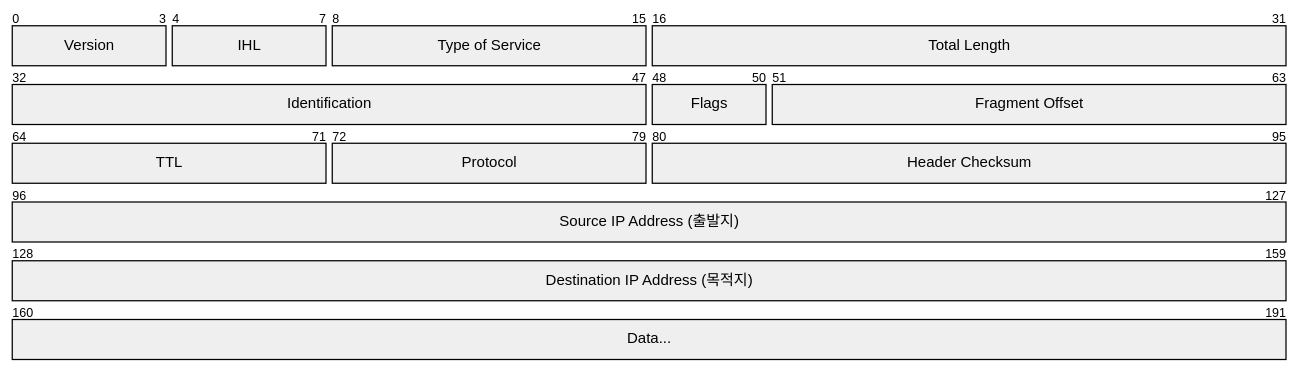
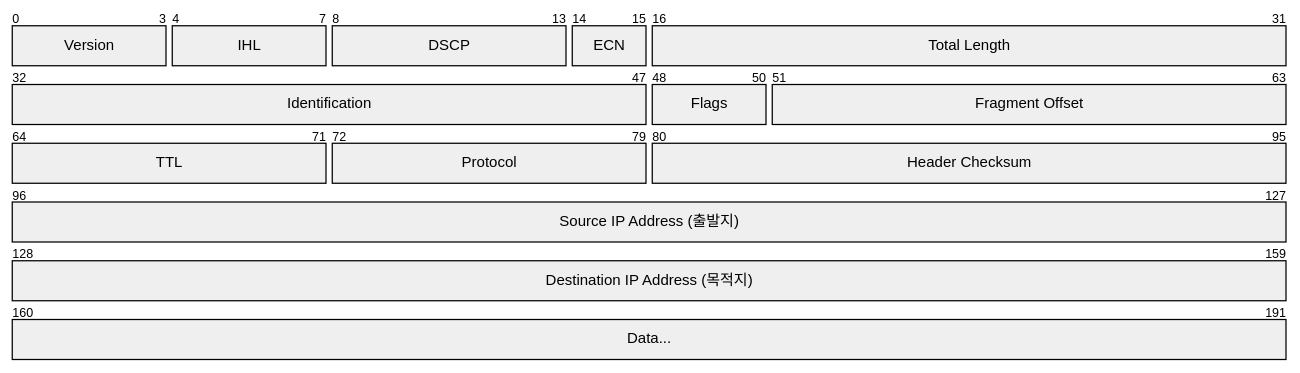
One commit to sskim91/TIL changed the fifth of 7 diagrams in network/네트워크-방향-용어-정리-Upstream-Downstream-Ingress-Egress.md. Above: the diagram before and after it, drawn with Mermaid (neutral theme). The commit also changed other lines of this file and 2 other files, not shown here.

Commit message:
docs(network): Codex·Gemini 리뷰 기반 팩트 정확성 개선

````diff
--- a/network/네트워크-방향-용어-정리-Upstream-Downstream-Ingress-Egress.md
+++ b/network/네트워크-방향-용어-정리-Upstream-Downstream-Ingress-Egress.md
@@ -155,16 +155,17 @@
 ```mermaid
 packet-beta
   0-3: "Version"
   4-7: "IHL"
-  8-15: "Type of Service"
+  8-13: "DSCP"
+  14-15: "ECN"
   16-31: "Total Length"
   32-47: "Identification"
   48-50: "Flags"
   51-63: "Fragment Offset"
   64-71: "TTL"
   72-79: "Protocol"
   80-95: "Header Checksum"
   96-127: "Source IP Address (출발지)"
   128-159: "Destination IP Address (목적지)"
   160-191: "Data..."
 ```
````
